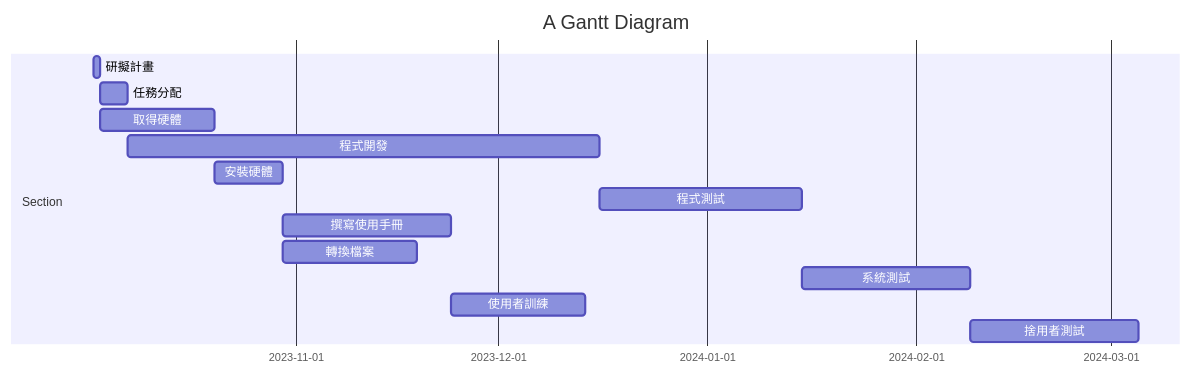
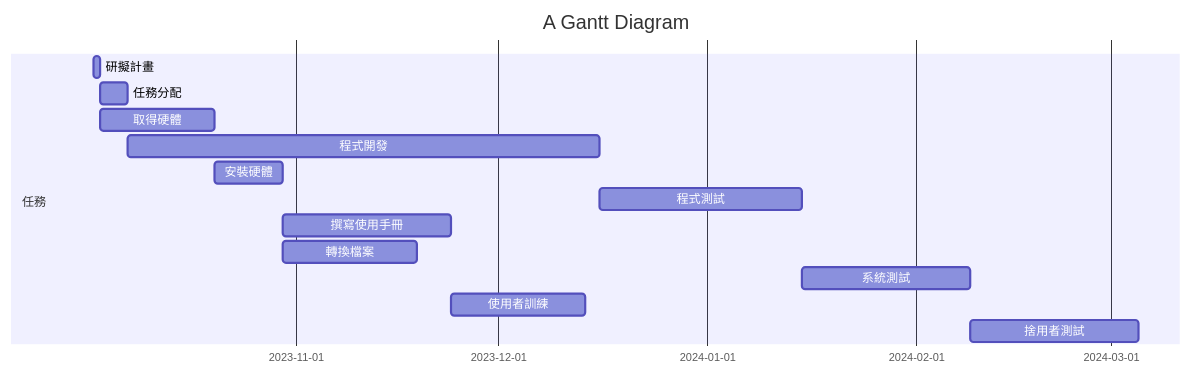
Before and after one commit to W0WANG/20230918ClassTest: the diagram in hw2.md, drawn with Mermaid. The commit also changed other lines of this file, not shown here.

````diff
--- a/hw2.md
+++ b/hw2.md
@@ -3,18 +3,18 @@
 ```mermaid
 gantt
     title A Gantt Diagram
 
-    section Section
+    section 任務
     研擬計畫   :a1, 2023-10-02, 1d
     任務分配   :a2, after a1  , 4d
     取得硬體   :a3, after a1  , 17d
     程式開發   :a4, after a2  , 70d
     安裝硬體   :a5, after a3  , 10d
     程式測試   :a6, after a4  , 30d
     撰寫使用手冊:a7, after a5  , 25d
     轉換檔案   :a8, after a5  , 20d
     系統測試   :a9, after a6  , 25d
     使用者訓練  :a10, after a7 , 20d
     捨用者測試  :a11, after a9 , 25d
     
 ```
````
